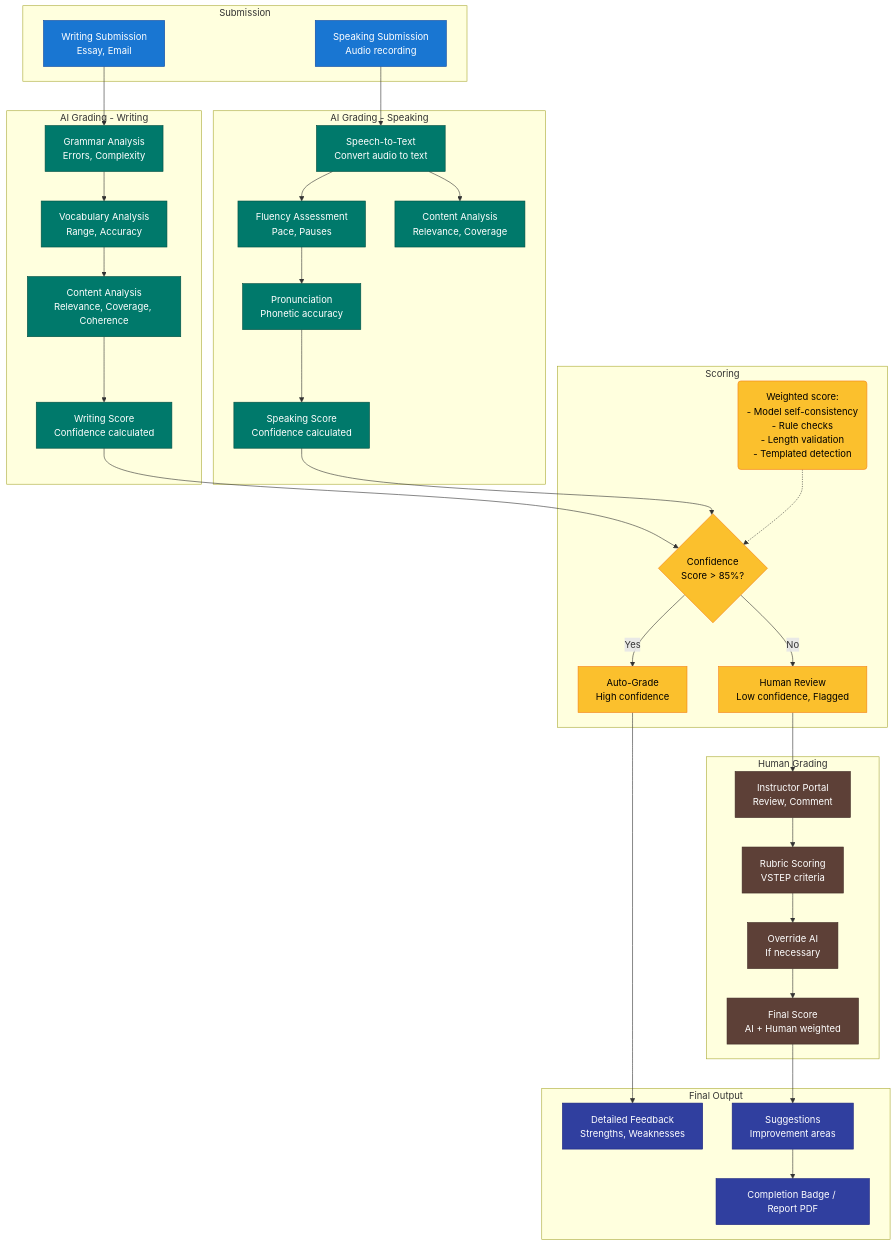
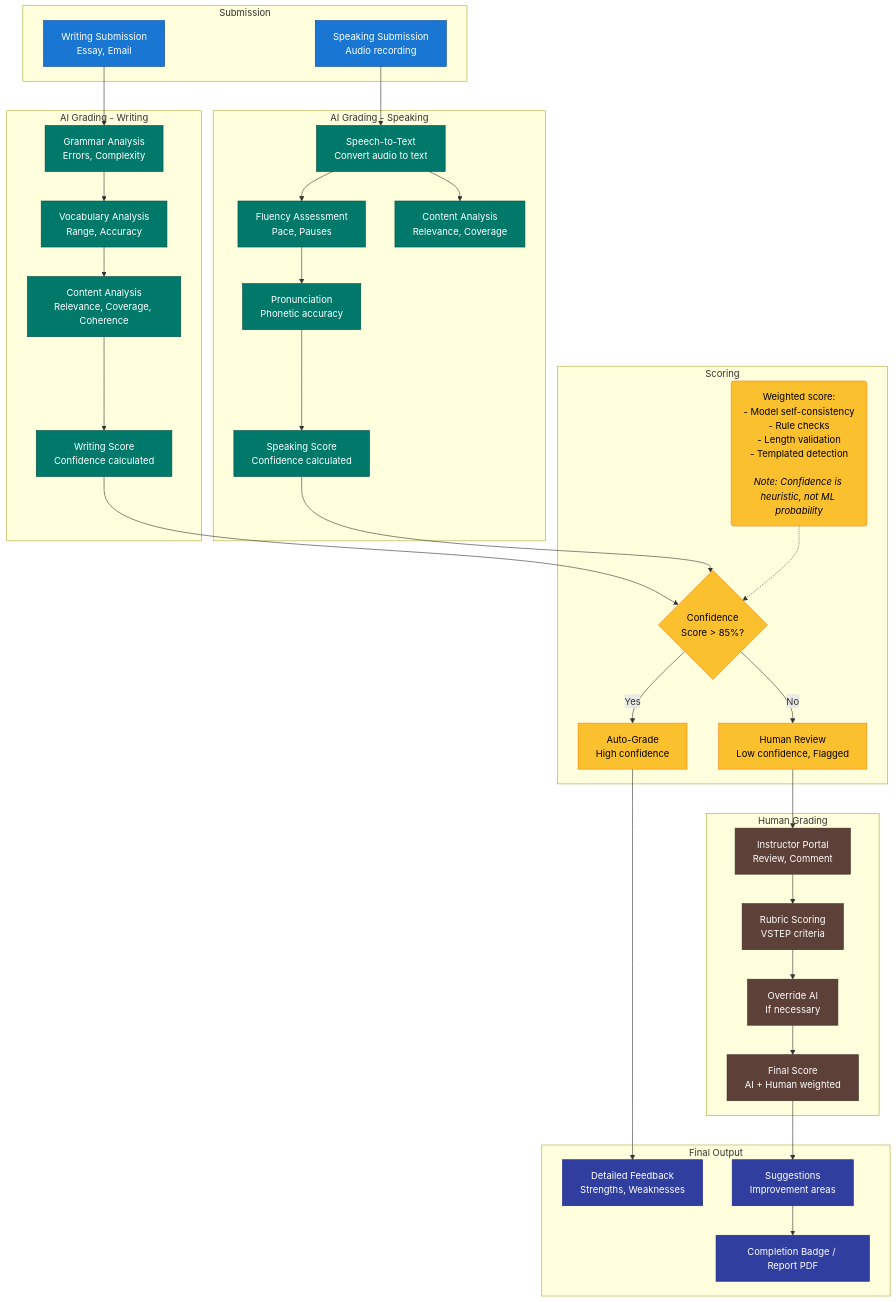
The sixth of 8 diagrams in docs/capstone/diagrams/flow-diagrams.vi.md (nghyane/VSTEP), drawn with Mermaid before and after one commit. The commit also changed other lines of this file, not shown here.

First line of the commit message:
docs: update flow diagrams per review feedback

```diff
--- a/docs/capstone/diagrams/flow-diagrams.vi.md
+++ b/docs/capstone/diagrams/flow-diagrams.vi.md
@@ -389,7 +395,7 @@
 
     subgraph Scoring ["Scoring"]
         Confidence{"Confidence<br/>Score > 85%?"}
-        NoteConfidence("Weighted score:<br/>- Model self-consistency<br/>- Rule checks<br/>- Length validation<br/>- Templated detection")
+        NoteConfidence("Weighted score:<br/>- Model self-consistency<br/>- Rule checks<br/>- Length validation<br/>- Templated detection<br/><br/><i>Note: Confidence is heuristic, not ML probability</i>")
         AutoPass["Auto-Grade<br/>High confidence"]
         HumanReview["Human Review<br/>Low confidence, Flagged"]
     end
```
